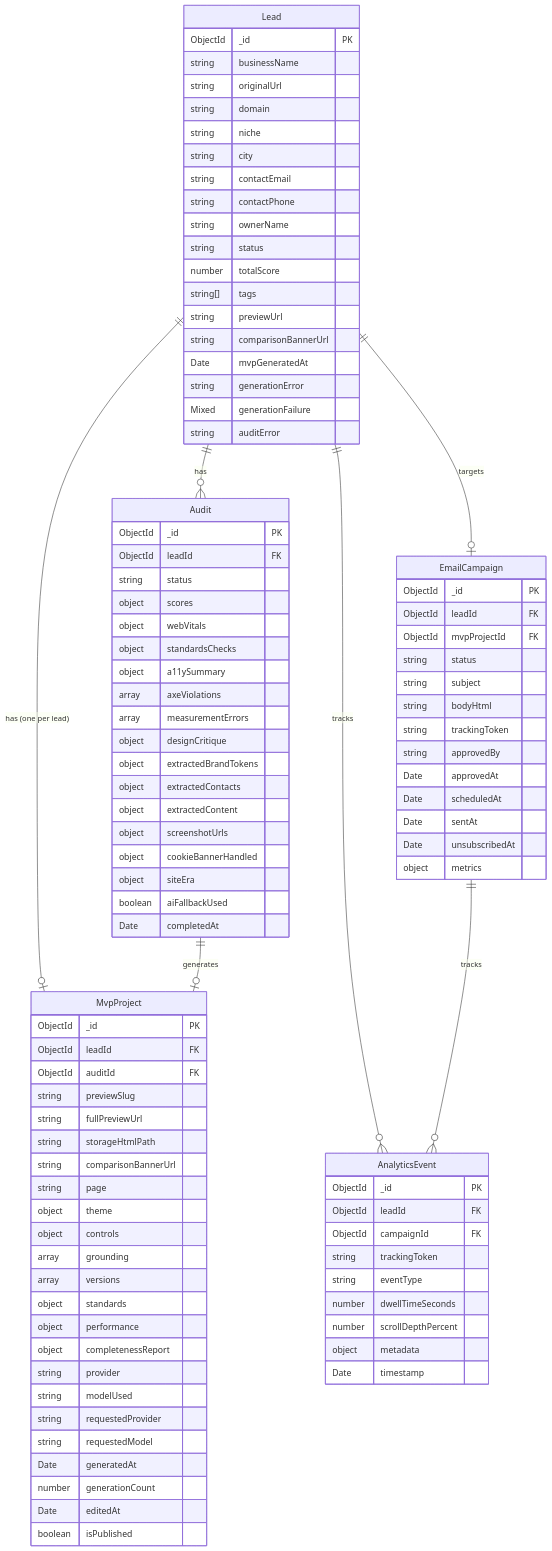
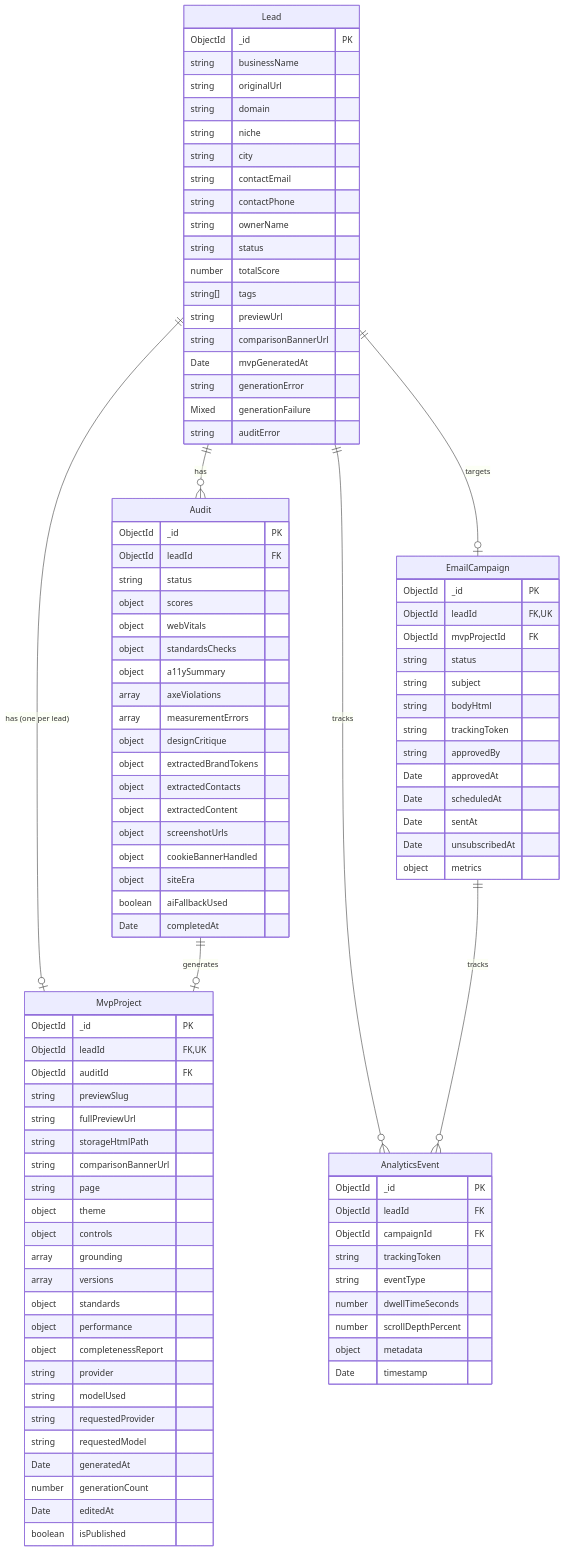
One commit to yurykurouski/revamp-docs changed the seventh of 10 diagrams in blueprint.md. Above: the diagram before and after it, drawn with Mermaid. The commit also changed other lines of this file, not shown here.

Commit message:
docs(REV-201): unique leadId on MvpProject and EmailCampaign, and its migration

```diff
--- a/blueprint.md
+++ b/blueprint.md
@@ -501,7 +501,7 @@
 
     MvpProject {
         ObjectId _id PK
-        ObjectId leadId FK
+        ObjectId leadId FK, UK
         ObjectId auditId FK
         string previewSlug
         string fullPreviewUrl
@@ -527,7 +527,7 @@
 
     EmailCampaign {
         ObjectId _id PK
-        ObjectId leadId FK
+        ObjectId leadId FK, UK
         ObjectId mvpProjectId FK
         string status
         string subject
```
